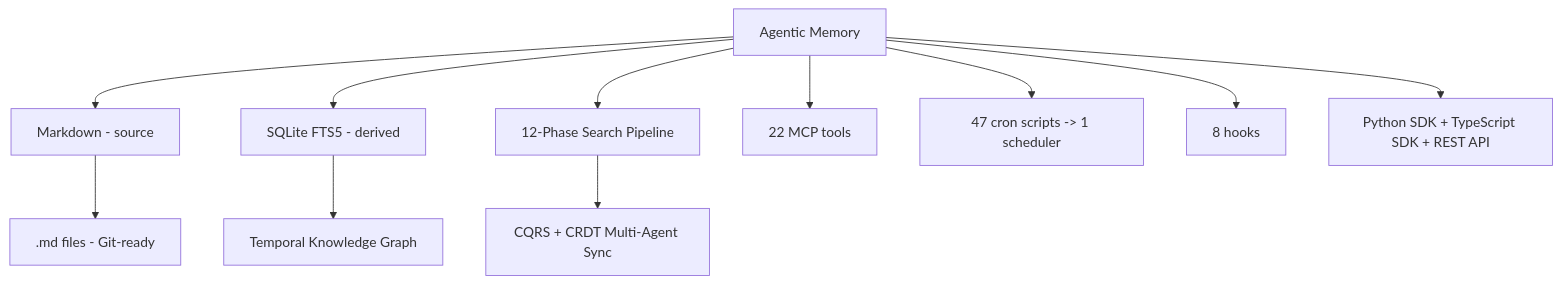
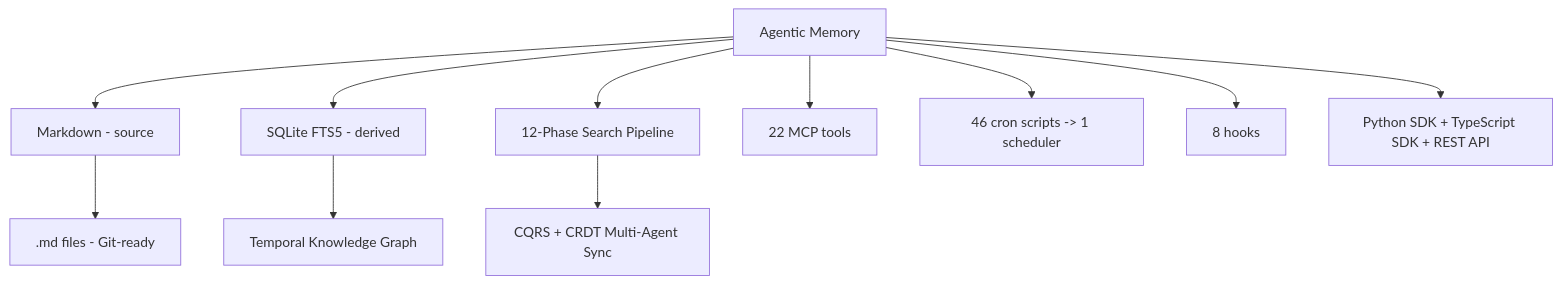
One commit to ArkaAiAdmin/Agentic-Memory changed the diagram in README.md. Above: the diagram before and after it, drawn with Mermaid. The commit also changed other lines of this file and 9 other files, not shown here.

First line of the commit message:
fix: durability + RBAC latent bugs — SagaError construction, full-row UPDATE rollback, SCHEMA_VERSION drift

````diff
--- a/README.md
+++ b/README.md
@@ -23,13 +23,13 @@
 ```mermaid
 graph TD
     A[Agentic Memory] --> B[Markdown - source]
     A --> C[SQLite FTS5 - derived]
     A --> D[12-Phase Search Pipeline]
     B --> E[.md files - Git-ready]
     C --> F[Temporal Knowledge Graph]
     D --> G[CQRS + CRDT Multi-Agent Sync]
     A --> H[22 MCP tools]
-    A --> I[47 cron scripts -> 1 scheduler]
+    A --> I[46 cron scripts -> 1 scheduler]
     A --> J[8 hooks]
     A --> K[Python SDK + TypeScript SDK + REST API]
 ```
````
